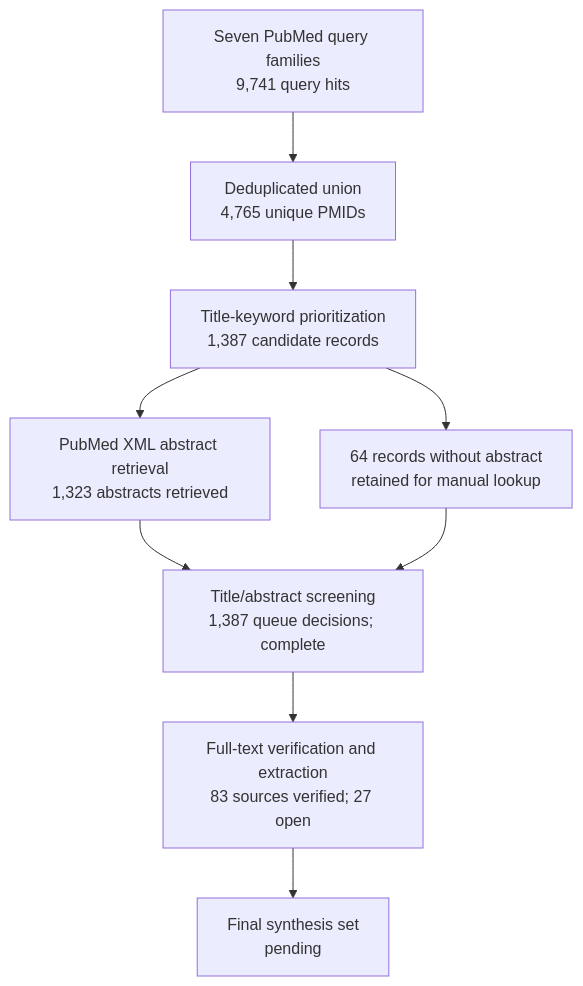
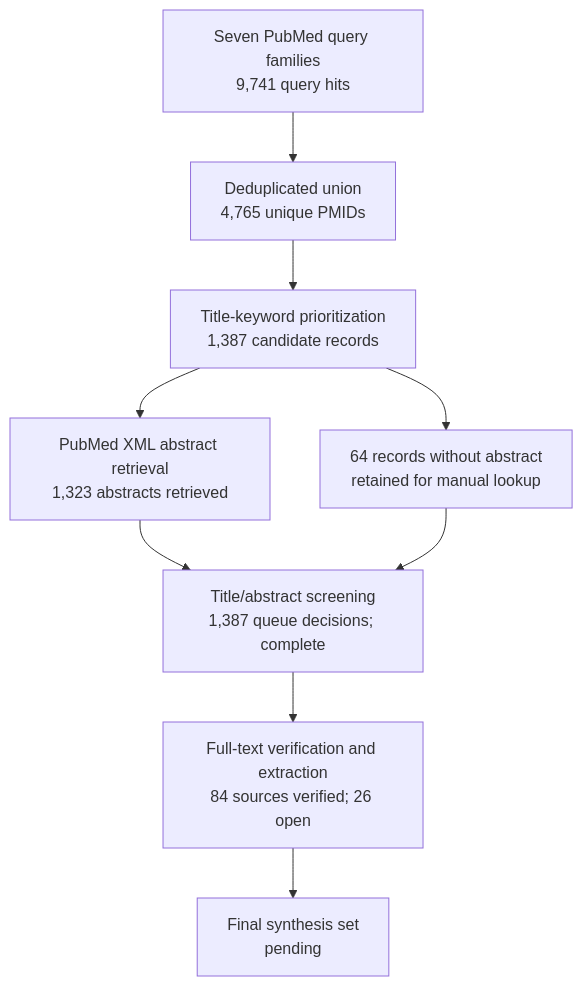
One commit to dcmcshan/artemisia changed the diagram in manuscript/review-flow.md. Above: the diagram before and after it, drawn with Mermaid. The commit also changed other lines of this file and 17 other files, not shown here.

````diff
--- a/manuscript/review-flow.md
+++ b/manuscript/review-flow.md
@@ -5,11 +5,11 @@
 ```mermaid
 flowchart TB
   Q[Seven PubMed query families<br/>9,741 query hits] --> U[Deduplicated union<br/>4,765 unique PMIDs]
   U --> T[Title-keyword prioritization<br/>1,387 candidate records]
   T --> A[PubMed XML abstract retrieval<br/>1,323 abstracts retrieved]
   T --> N[64 records without abstract<br/>retained for manual lookup]
   A --> M[Title/abstract screening<br/>1,387 queue decisions; complete]
   N --> M
-  M --> F[Full-text verification and extraction<br/>83 sources verified; 27 open]
+  M --> F[Full-text verification and extraction<br/>84 sources verified; 26 open]
   F --> S[Final synthesis set<br/>pending]
 ```
````
